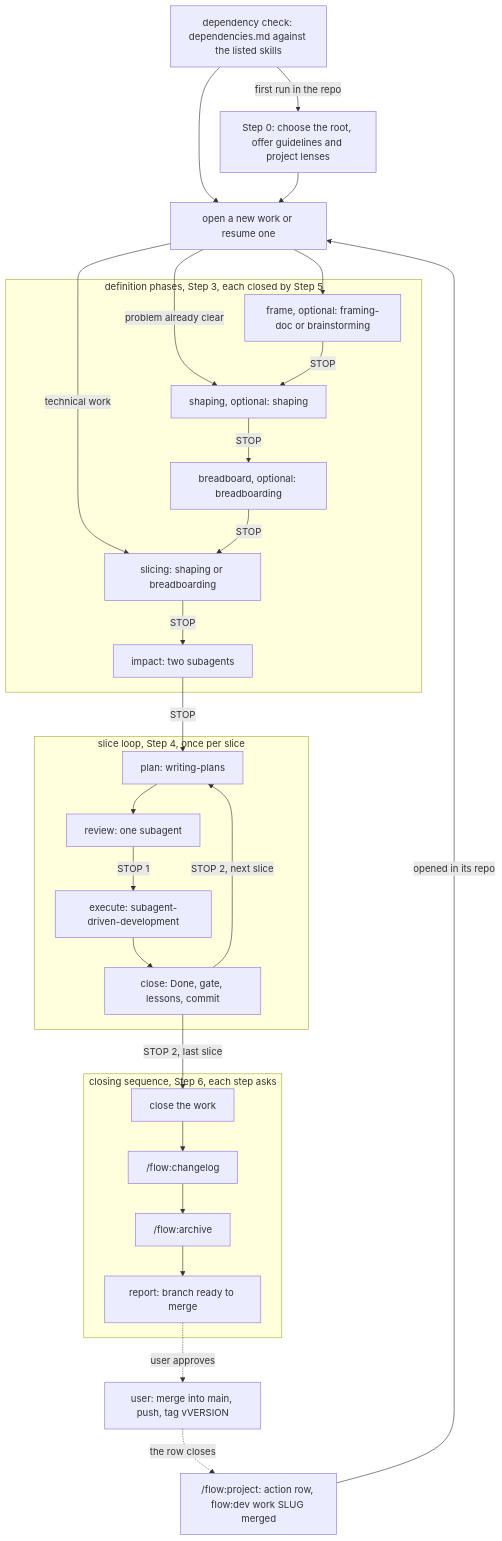
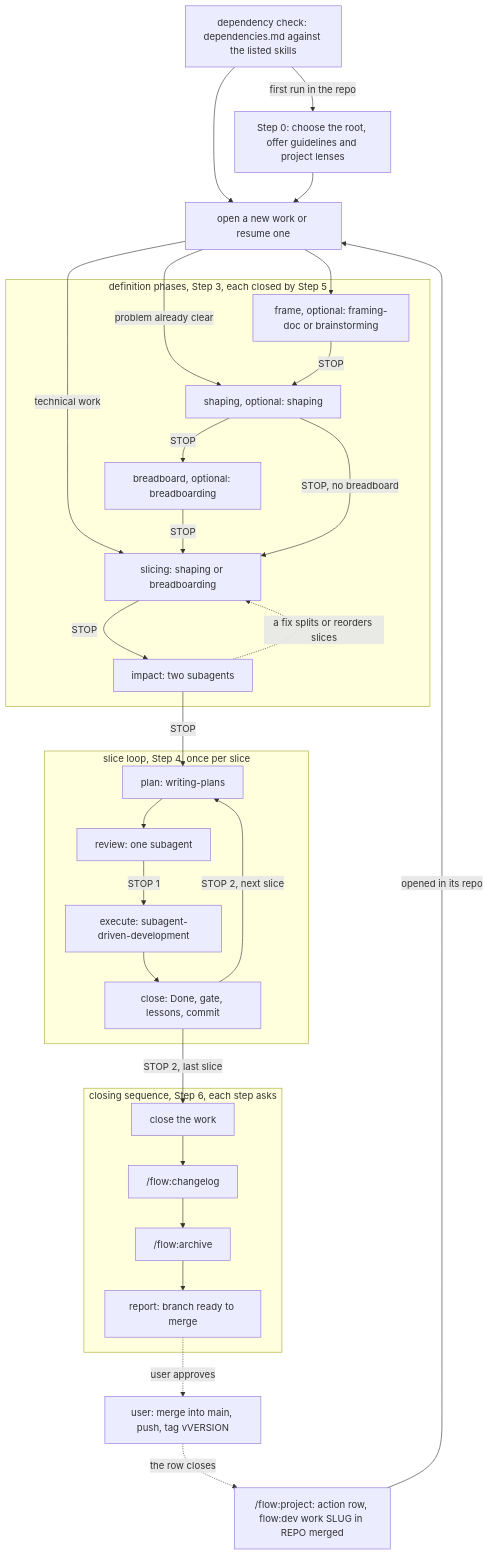
One commit to spleenteo/devflow changed the second of 4 diagrams in docs/architecture.md. Above: the diagram before and after it, drawn with Mermaid. The commit also changed other lines of this file and 3 other files, not shown here.

Commit message:
Apply the architecture review and close V5

````diff
--- a/docs/architecture.md
+++ b/docs/architecture.md
@@ -54,43 +61,45 @@
 ```mermaid
 flowchart TD
   deps["dependency check: dependencies.md against the listed skills"]
   deps -->|"first run in the repo"| step0["Step 0: choose the root, offer guidelines and project lenses"]
   deps --> open["open a new work or resume one"]
   step0 --> open
   subgraph define["definition phases, Step 3, each closed by Step 5"]
     frame["frame, optional: framing-doc or brainstorming"]
     shaping["shaping, optional: shaping"]
     bread["breadboard, optional: breadboarding"]
     slicing["slicing: shaping or breadboarding"]
     impact["impact: two subagents"]
   end
   open --> frame
   open -->|"technical work"| slicing
   open -->|"problem already clear"| shaping
   frame -->|"STOP"| shaping
   shaping -->|"STOP"| bread
   bread -->|"STOP"| slicing
+  shaping -->|"STOP, no breadboard"| slicing
   slicing -->|"STOP"| impact
+  impact -.->|"a fix splits or reorders slices"| slicing
   subgraph loop["slice loop, Step 4, once per slice"]
     plan["plan: writing-plans"]
     review["review: one subagent"]
     exec["execute: subagent-driven-development"]
     close["close: Done, gate, lessons, commit"]
   end
   impact -->|"STOP"| plan
   plan --> review
   review -->|"STOP 1"| exec
   exec --> close
   close -->|"STOP 2, next slice"| plan
   subgraph exit["closing sequence, Step 6, each step asks"]
     cw["close the work"]
     cl["/flow:changelog"]
     ar["/flow:archive"]
     rep["report: branch ready to merge"]
   end
   close -->|"STOP 2, last slice"| cw
   cw --> cl --> ar --> rep
   rep -.->|"user approves"| merge["user: merge into main, push, tag vVERSION"]
-  projrow["/flow:project: action row, flow:dev work SLUG merged"] -->|"opened in its repo"| open
+  projrow["/flow:project: action row, flow:dev work SLUG in REPO merged"] -->|"opened in its repo"| open
   merge -.->|"the row closes"| projrow
 ```
````
